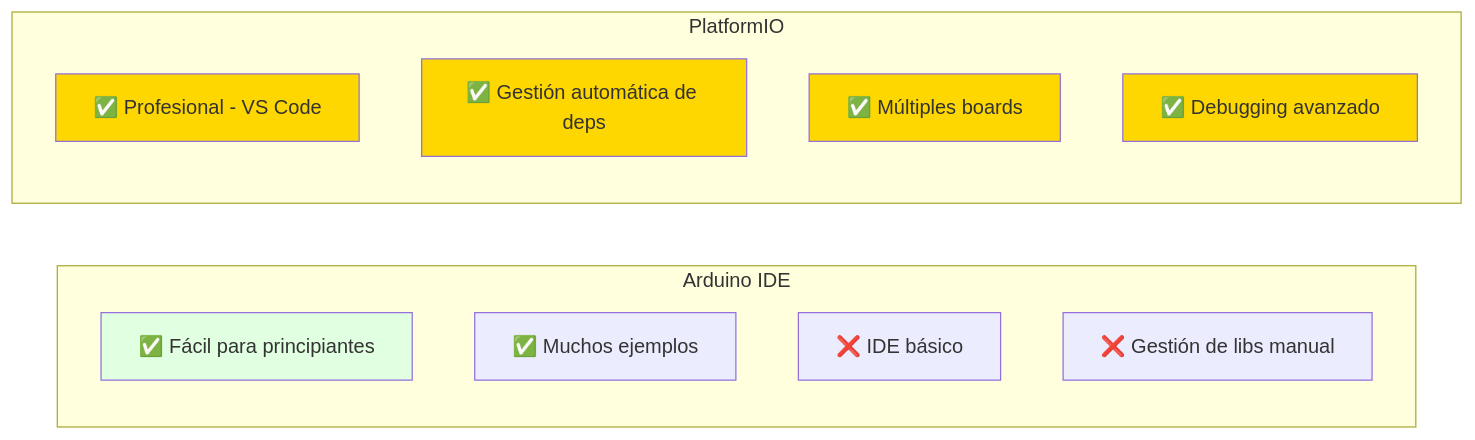
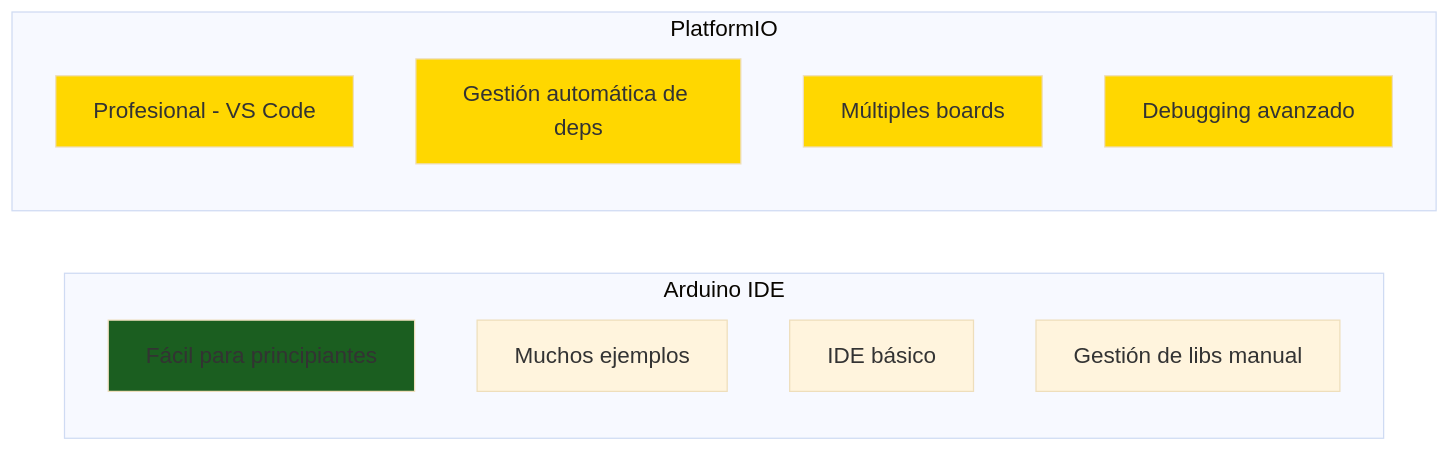
Before and after one commit to Ai-Whisperers/Courses-Content: the ninth of 16 diagrams in courses/🟡-development/FPUNA-2026/02-ELECTRONICA-AUTOMATIZACION/03-desarrollo-firmware.md, drawn with Mermaid. The commit also changed other lines of this file and 47 other files, not shown here.

First line of the commit message:
fix: Make all 473 diagrams WCAG AAA accessible (FPUNA-2026)

````diff
--- a/courses/🟡-development/FPUNA-2026/02-ELECTRONICA-AUTOMATIZACION/03-desarrollo-firmware.md
+++ b/courses/🟡-development/FPUNA-2026/02-ELECTRONICA-AUTOMATIZACION/03-desarrollo-firmware.md
@@ -455,22 +463,23 @@
 ```mermaid
+%%{init: {'theme':'base', 'themeVariables': {'fontSize':'18px'}}}%%
 graph LR
     subgraph "Arduino IDE"
-        A[✅ Fácil para principiantes]
-        B[✅ Muchos ejemplos]
-        C[❌ IDE básico]
-        D[❌ Gestión de libs manual]
+        A[Fácil para principiantes]
+        B[Muchos ejemplos]
+        C[IDE básico]
+        D[Gestión de libs manual]
     end
     
     subgraph "PlatformIO"
-        E[✅ Profesional - VS Code]
-        F[✅ Gestión automática de deps]
-        G[✅ Múltiples boards]
-        H[✅ Debugging avanzado]
+        E[Profesional - VS Code]
+        F[Gestión automática de deps]
+        G[Múltiples boards]
+        H[Debugging avanzado]
     end
     
-    style A fill:#E1FFE1
+    style A fill:#1b5e20
     style E fill:#FFD700
     style F fill:#FFD700
     style G fill:#FFD700
     style H fill:#FFD700
 ```
````
